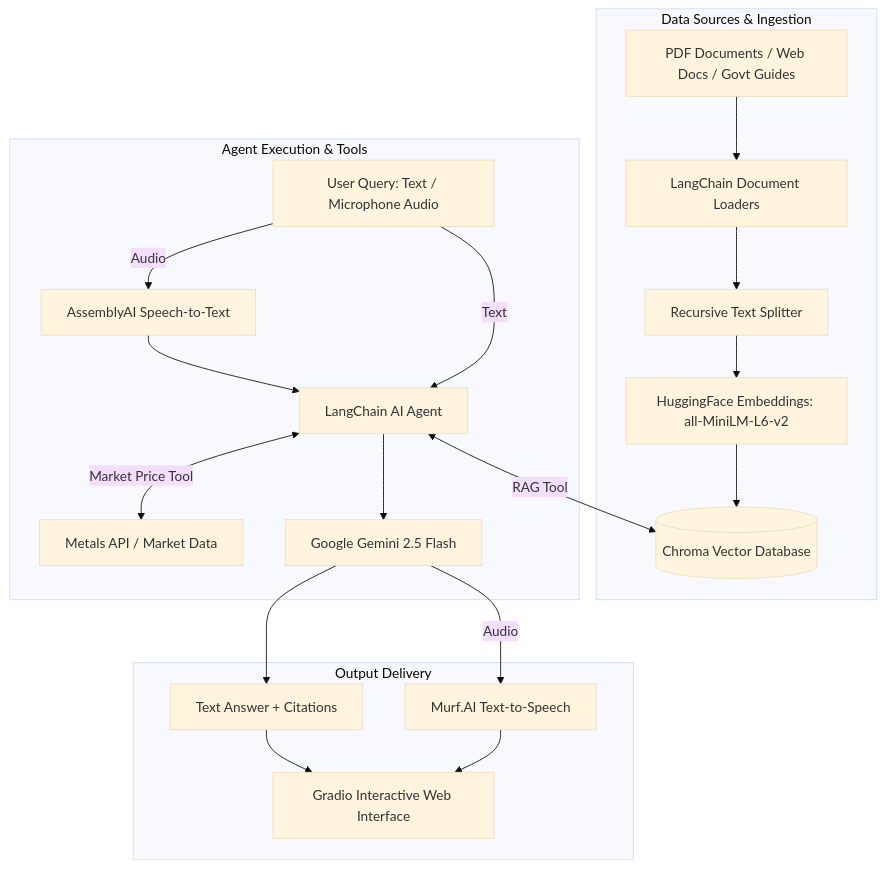
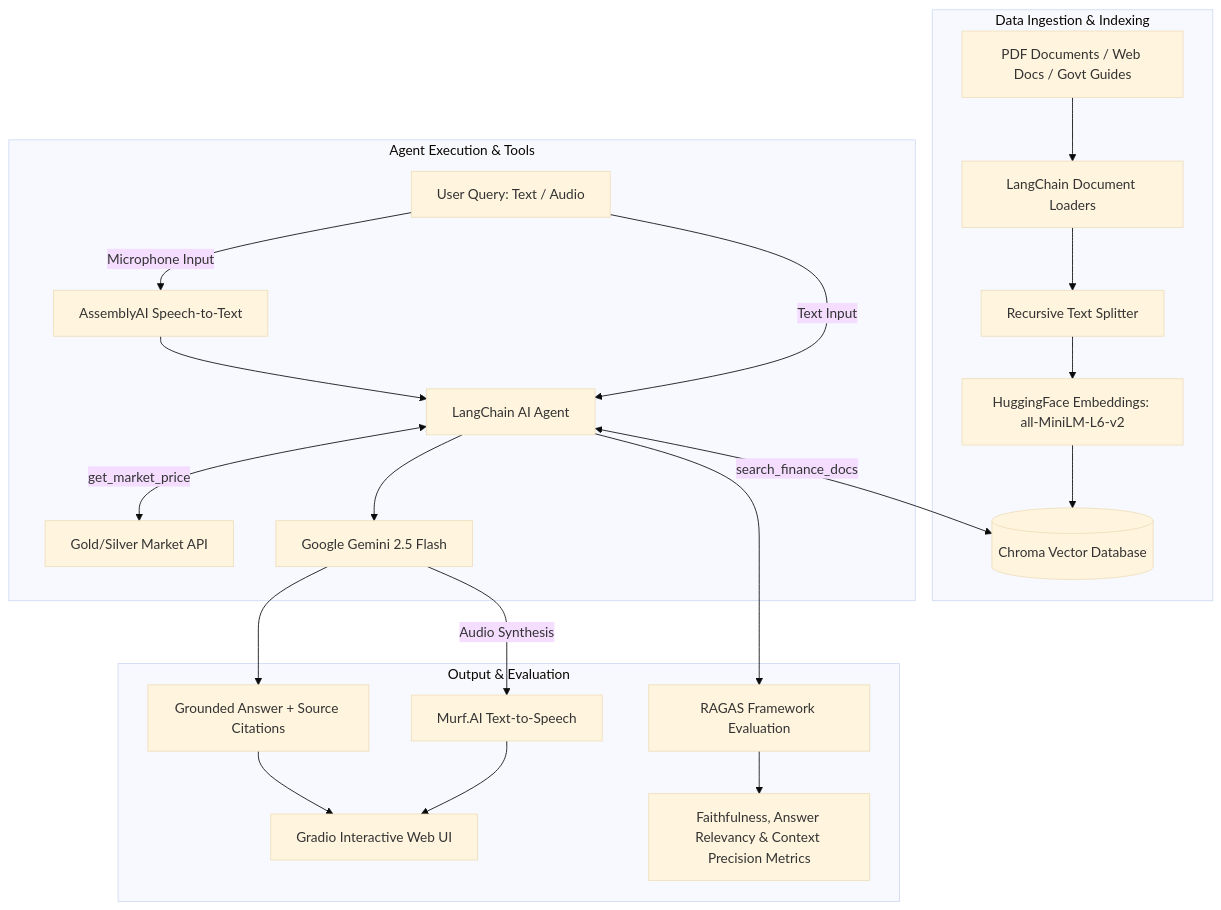
The diagram in README.md (charansridev/AI-Agents), drawn with Mermaid (base theme) before and after one commit. The commit also changed other lines of this file, not shown here.

Commit message:
Update README with Personal_finance_advicer (5).ipynb, RAGAS framework evaluation details, and updated architecture diagram

````diff
--- a/README.md
+++ b/README.md
@@ -13,25 +13,27 @@
 ```mermaid
 flowchart TD
-    subgraph Data Sources & Ingestion
+    subgraph Data Ingestion & Indexing
         A1[PDF Documents / Web Docs / Govt Guides] --> B[LangChain Document Loaders]
         B --> C[Recursive Text Splitter]
         C --> D[HuggingFace Embeddings: all-MiniLM-L6-v2]
         D --> E[(Chroma Vector Database)]
     end
 
     subgraph Agent Execution & Tools
-        F[User Query: Text / Microphone Audio] -->|Audio| G[AssemblyAI Speech-to-Text]
+        F[User Query: Text / Audio] -->|Microphone Input| G[AssemblyAI Speech-to-Text]
         G --> H[LangChain AI Agent]
-        F -->|Text| H
-        H <-->|RAG Tool| E
-        H <-->|Market Price Tool| I[Metals API / Market Data]
+        F -->|Text Input| H
+        H <-->|search_finance_docs| E
+        H <-->|get_market_price| I[Gold/Silver Market API]
         H --> J[Google Gemini 2.5 Flash]
     end
 
-    subgraph Output Delivery
-        J --> K[Text Answer + Citations]
-        J -->|Audio| L[Murf.AI Text-to-Speech]
-        K --> M[Gradio Interactive Web Interface]
+    subgraph Output & Evaluation
+        J --> K[Grounded Answer + Source Citations]
+        J -->|Audio Synthesis| L[Murf.AI Text-to-Speech]
+        K --> M[Gradio Interactive Web UI]
         L --> M
+        H --> N[RAGAS Framework Evaluation]
+        N --> O[Faithfulness, Answer Relevancy & Context Precision Metrics]
     end
 ```
````
